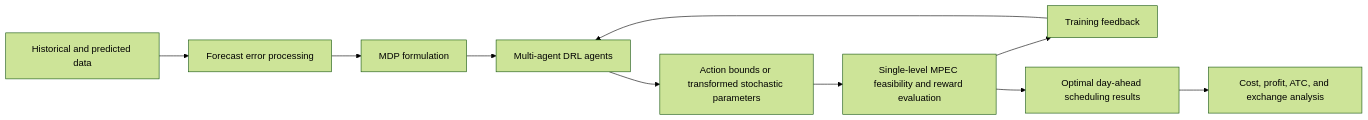
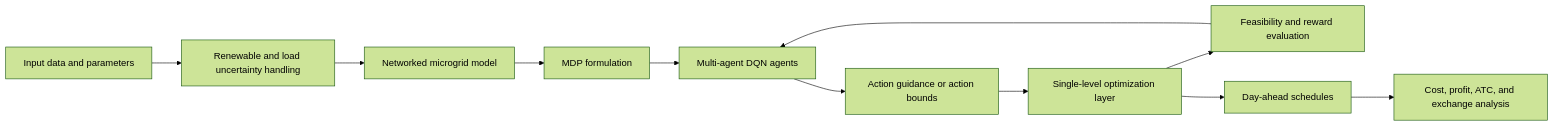
The diagram in README.md (esanben/30bus-Lean-Multi-Agent-DRL-Project), drawn with Mermaid (forest theme) before and after one commit. The commit also changed other lines of this file, not shown here.

````diff
--- a/README.md
+++ b/README.md
@@ -70,12 +122,13 @@
 ```mermaid
 flowchart LR
-    A[Historical and predicted data] --> B[Forecast error processing]
-    B --> C[MDP formulation]
-    C --> D[Multi-agent DRL agents]
-    D --> E[Action bounds or transformed stochastic parameters]
-    E --> F[Single-level MPEC feasibility and reward evaluation]
-    F --> G[Training feedback]
-    G --> D
-    F --> H[Optimal day-ahead scheduling results]
-    H --> I[Cost, profit, ATC, and exchange analysis]
+    A[Input data and parameters] --> B[Renewable and load uncertainty handling]
+    B --> C[Networked microgrid model]
+    C --> D[MDP formulation]
+    D --> E[Multi-agent DQN agents]
+    E --> F[Action guidance or action bounds]
+    F --> G[Single-level optimization layer]
+    G --> H[Feasibility and reward evaluation]
+    H --> E
+    G --> I[Day-ahead schedules]
+    I --> J[Cost, profit, ATC, and exchange analysis]
 ```
````
